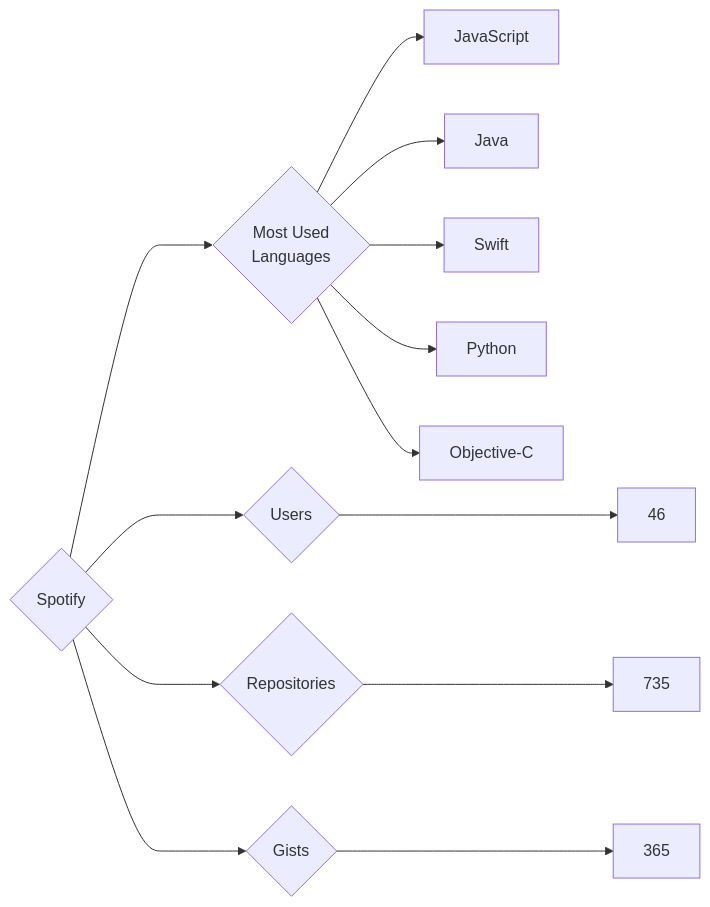
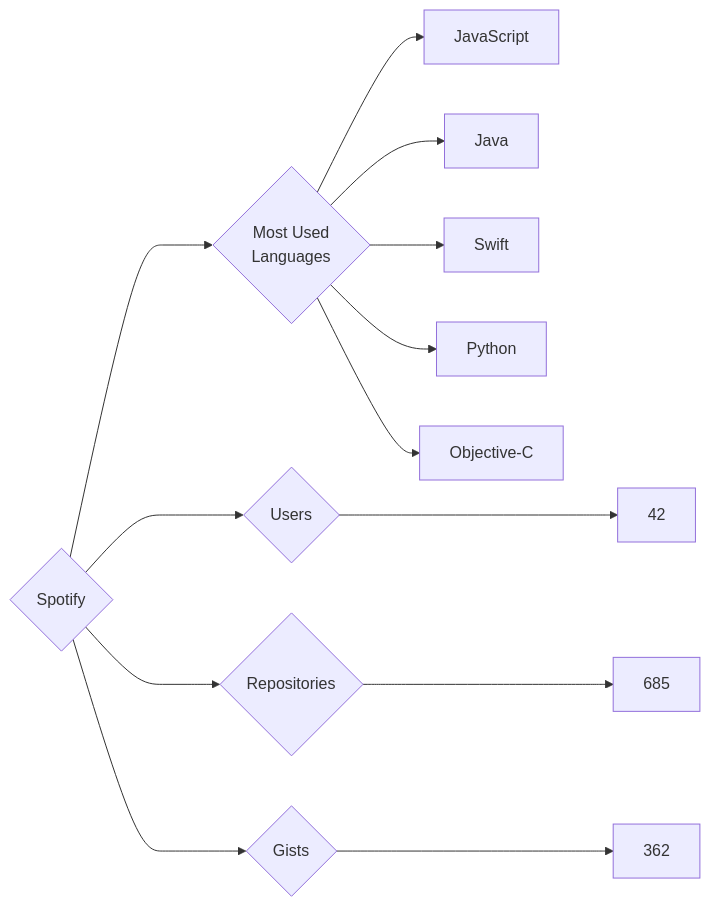
The diagram in targets/Spotify/README.md (trickest/insiders), drawn with Mermaid before and after one commit. The commit also changed 878 other files, not shown here.

````diff
--- a/targets/Spotify/README.md
+++ b/targets/Spotify/README.md
@@ -3,13 +3,13 @@
 ```mermaid
 graph LR
 COMPANY_NAME{Spotify}
-COMPANY_NAME ---> U{Users} ---> UN[46]
-COMPANY_NAME ---> R{Repositories} ---> RN[735]
-COMPANY_NAME ---> G{Gists} ---> GN[365]
+COMPANY_NAME ---> U{Users} ---> UN[42]
+COMPANY_NAME ---> R{Repositories} ---> RN[685]
+COMPANY_NAME ---> G{Gists} ---> GN[362]
 COMPANY_NAME ---> ML{Most Used<br>Languages}
 ML --> JavaScript[JavaScript]
 ML --> Java[Java]
 ML --> Swift[Swift]
 ML --> Python[Python]
 ML --> Objective-C[Objective-C]
 ```
````
